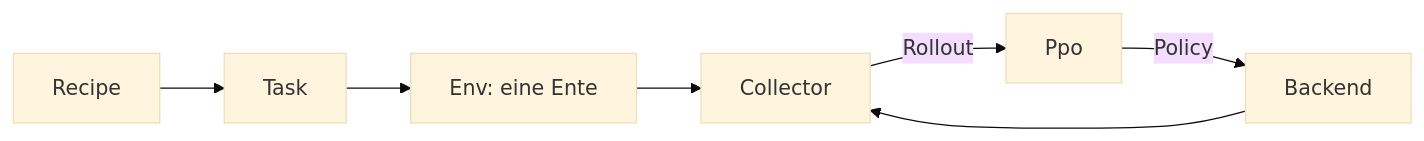
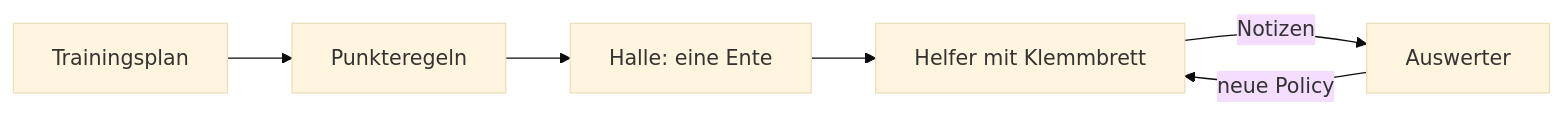
One commit to ChristianHohlfeld/kernengine.de changed the diagram in kern/docs/buch-gelb/14-lehrer.md. Above: the diagram before and after it, drawn with Mermaid (base theme). The commit also changed other lines of this file and 22 other files, not shown here.

````diff
--- a/kern/docs/buch-gelb/14-lehrer.md
+++ b/kern/docs/buch-gelb/14-lehrer.md
@@ -42,9 +96,8 @@
 ```mermaid
 flowchart LR
-  R["Recipe"] --> T["Task"]
-  T --> E["Env: eine Ente"]
-  E --> C["Collector"]
-  C -->|"Rollout"| P["Ppo"]
-  P -->|"Policy"| B["Backend"]
-  B --> C
+  R["Trainingsplan"] --> T["Punkteregeln"]
+  T --> E["Halle: eine Ente"]
+  E --> C["Helfer mit Klemmbrett"]
+  C -->|"Notizen"| P["Auswerter"]
+  P -->|"neue Policy"| C
 ```
````
